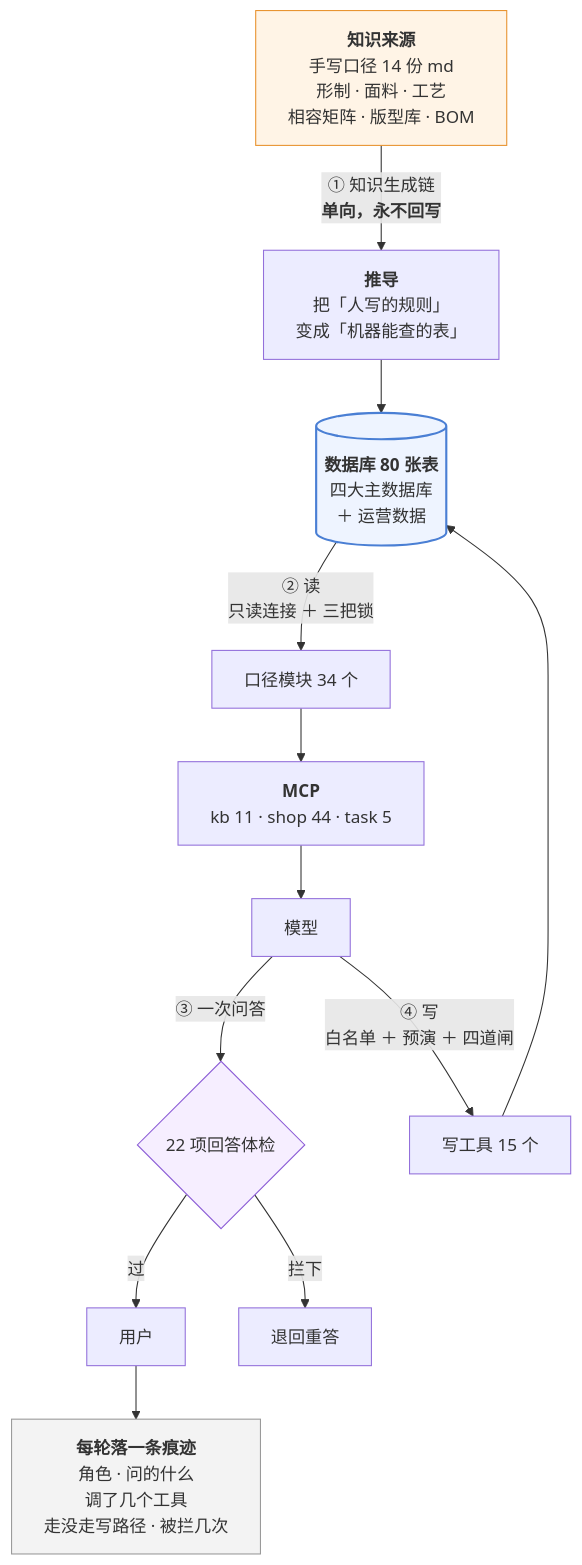
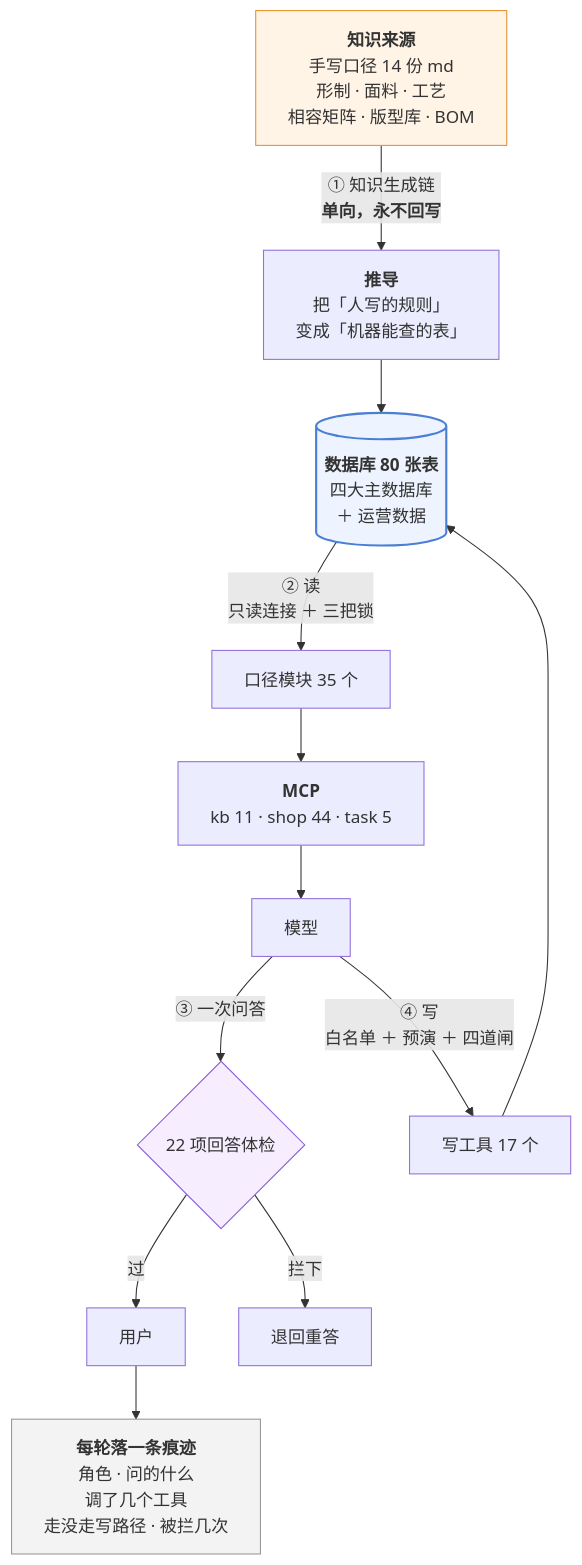
The third of 3 diagrams in 澜绣云裳agent-产品说明.md (843773296-rgb/lanxiu-yunshang-agent), drawn with Mermaid before and after one commit. The commit also changed other lines of this file and 17 other files, not shown here.

````diff
--- a/澜绣云裳agent-产品说明.md
+++ b/澜绣云裳agent-产品说明.md
@@ -805,24 +805,24 @@
 ```mermaid
 flowchart TD
     MD["<b>知识来源</b><br/>手写口径 14 份 md<br/>形制 · 面料 · 工艺<br/>相容矩阵 · 版型库 · BOM"]
     MD -->|"① 知识生成链<br/><b>单向，永不回写</b>"| DV["<b>推导</b><br/>把「人写的规则」<br/>变成「机器能查的表」"]
     DV --> DB[("<b>数据库 80 张表</b><br/>四大主数据库<br/>＋ 运营数据")]
 
-    DB -->|"② 读<br/>只读连接 ＋ 三把锁"| KJ["口径模块 34 个"]
+    DB -->|"② 读<br/>只读连接 ＋ 三把锁"| KJ["口径模块 35 个"]
     KJ --> MCP["<b>MCP</b><br/>kb 11 · shop 44 · task 5"]
     MCP --> LLM["模型"]
 
     LLM -->|"③ 一次问答"| GD{"22 项回答体检"}
     GD -- 过 --> U["用户"]
     GD -- 拦下 --> RE["退回重答"]
 
-    LLM -->|"④ 写<br/>白名单 ＋ 预演 ＋ 四道闸"| W["写工具 15 个"]
+    LLM -->|"④ 写<br/>白名单 ＋ 预演 ＋ 四道闸"| W["写工具 17 个"]
     W --> DB
 
     U --> TR["<b>每轮落一条痕迹</b><br/>角色 · 问的什么<br/>调了几个工具<br/>走没走写路径 · 被拦几次"]
 
     style MD fill:#fff4e6,stroke:#e8912d
     style DB fill:#eef4ff,stroke:#4a7fd4,stroke-width:2px
     style GD fill:#f6eeff,stroke:#8b5cd6
     style TR fill:#f3f3f3,stroke:#999
 ```
````
